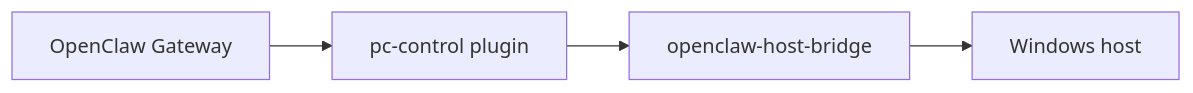
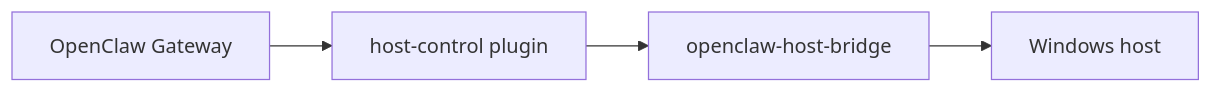
The diagram in openclaw-host-bridge/README.md (mfshaf7/openclaw-isolated-deployment), drawn with Mermaid before and after one commit. The commit also changed other lines of this file and 31 other files, not shown here.

Commit message:
refactor: rename host capability to host-control

````diff
--- a/openclaw-host-bridge/README.md
+++ b/openclaw-host-bridge/README.md
@@ -48,9 +48,9 @@
 ```mermaid
 flowchart LR
     Gateway[OpenClaw Gateway]
-    Plugin[pc-control plugin]
+    Plugin[host-control plugin]
     Bridge[openclaw-host-bridge]
     Host[Windows host]
 
     Gateway --> Plugin --> Bridge --> Host
 ```
````
